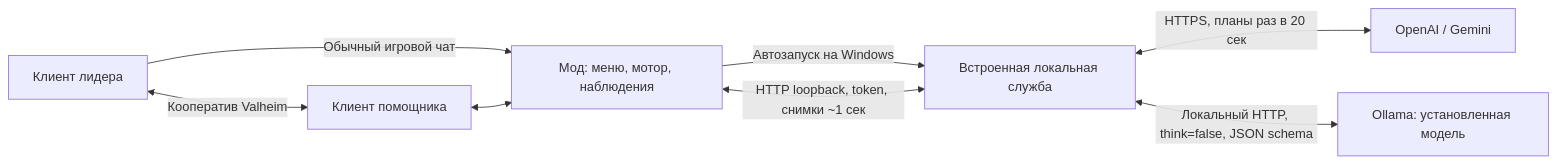
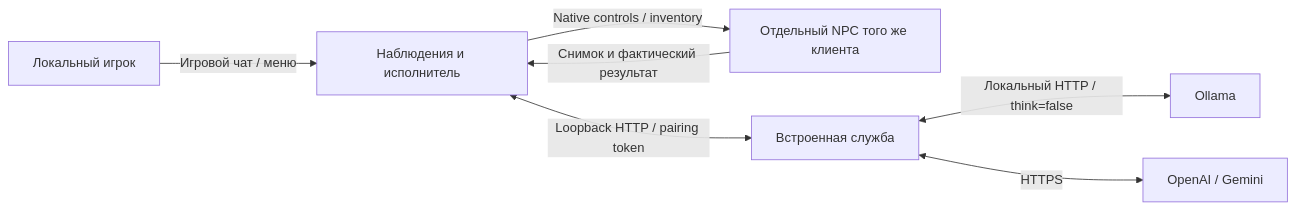
The diagram in docs/architecture.md (S1mpleton/ValheimAIHelper), drawn with Mermaid before and after one commit. The commit also changed other lines of this file and 48 other files, not shown here.

````diff
--- a/docs/architecture.md
+++ b/docs/architecture.md
@@ -3,10 +3,9 @@
 ```mermaid
 flowchart LR
-    Human[Клиент лидера] <-->|Кооператив Valheim| Bot[Клиент помощника]
-    Human -->|Обычный игровой чат| Mod[Мод: меню, мотор, наблюдения]
-    Bot <--> Mod
-    Mod -->|Автозапуск на Windows| Bridge[Встроенная локальная служба]
-    Mod <-->|HTTP loopback, token, снимки ~1 сек| Bridge
-    Bridge <-->|HTTPS, планы раз в 20 сек| Provider[OpenAI / Gemini]
-    Bridge <-->|Локальный HTTP, think=false, JSON schema| Ollama[Ollama: установленная модель]
+    Human[Локальный игрок] -->|Игровой чат / меню| Mod[Наблюдения и исполнитель]
+    Mod -->|Native controls / inventory| NPC[Отдельный NPC того же клиента]
+    NPC -->|Снимок и фактический результат| Mod
+    Mod <-->|Loopback HTTP / pairing token| Bridge[Встроенная служба]
+    Bridge <-->|Локальный HTTP / think=false| Ollama[Ollama]
+    Bridge <-->|HTTPS| Cloud[OpenAI / Gemini]
 ```
````
